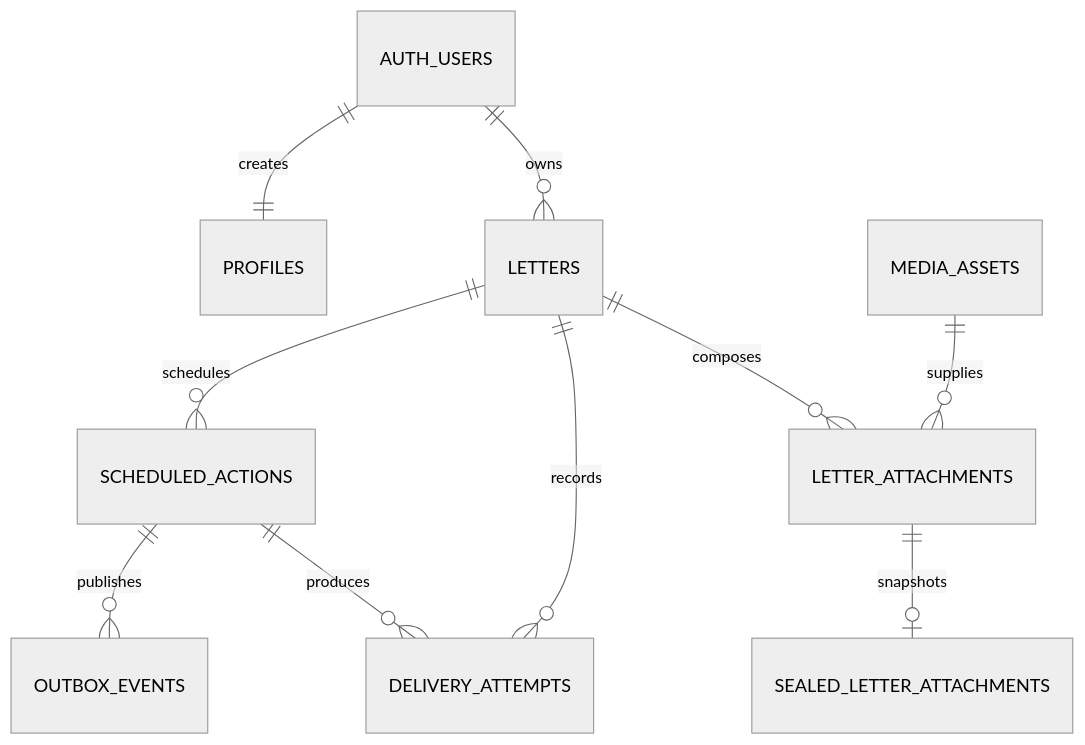
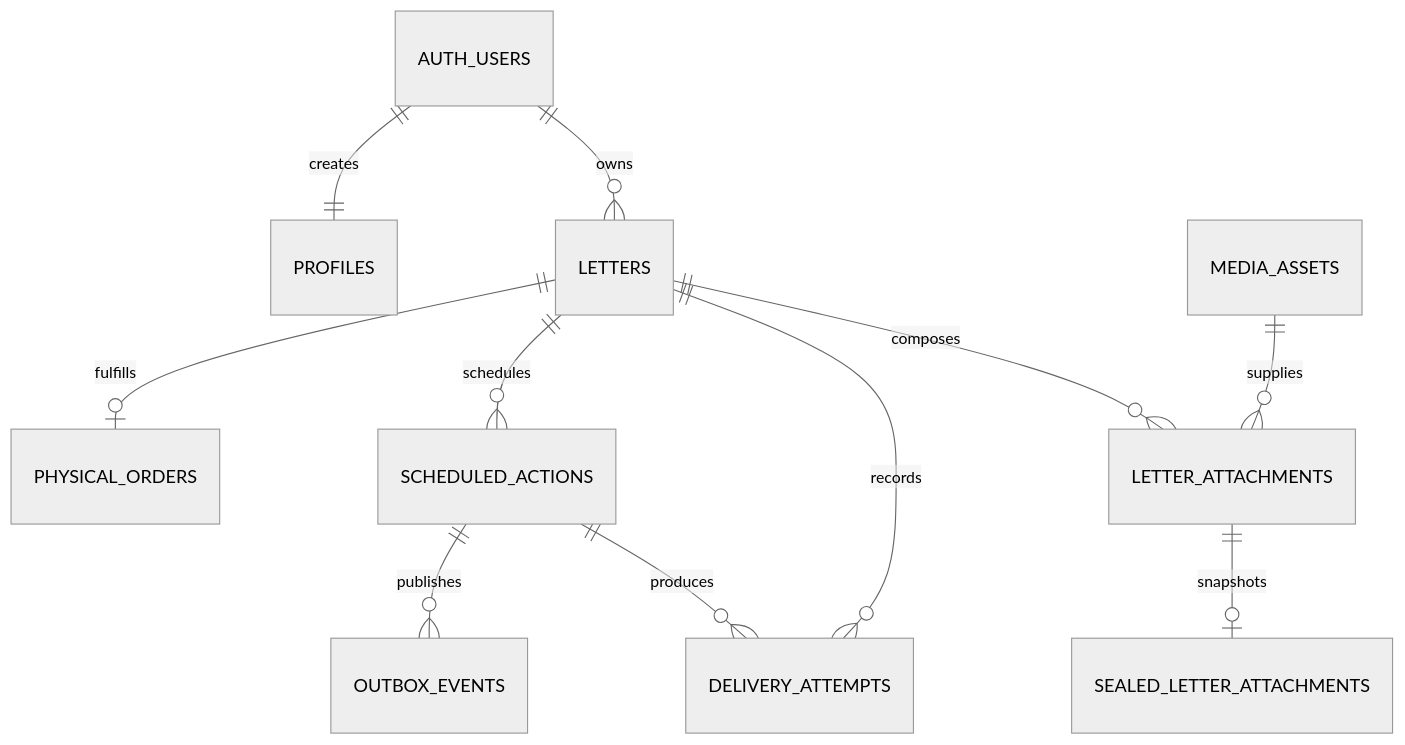
Before and after one commit to khoadanwneee/PostDrop: the third of 4 diagrams in docs/system-architecture.md, drawn with Mermaid (neutral theme). The commit also changed other lines of this file and 10 other files, not shown here.

```diff
--- a/docs/system-architecture.md
+++ b/docs/system-architecture.md
@@ -166,12 +166,13 @@
 ~~~mermaid
 erDiagram
     AUTH_USERS ||--|| PROFILES : creates
     AUTH_USERS ||--o{ LETTERS : owns
+    LETTERS ||--o| PHYSICAL_ORDERS : fulfills
     LETTERS ||--o{ SCHEDULED_ACTIONS : schedules
     SCHEDULED_ACTIONS ||--o{ OUTBOX_EVENTS : publishes
     LETTERS ||--o{ DELIVERY_ATTEMPTS : records
     LETTERS ||--o{ LETTER_ATTACHMENTS : composes
     MEDIA_ASSETS ||--o{ LETTER_ATTACHMENTS : supplies
     LETTER_ATTACHMENTS ||--o| SEALED_LETTER_ATTACHMENTS : snapshots
     SCHEDULED_ACTIONS ||--o{ DELIVERY_ATTEMPTS : produces
 ~~~
```
